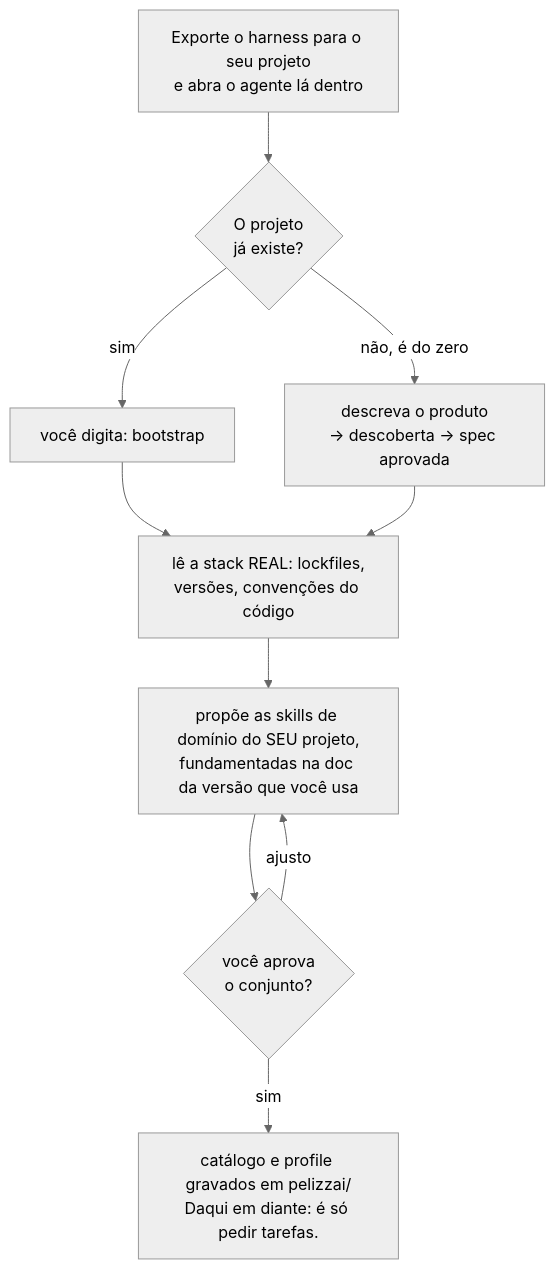
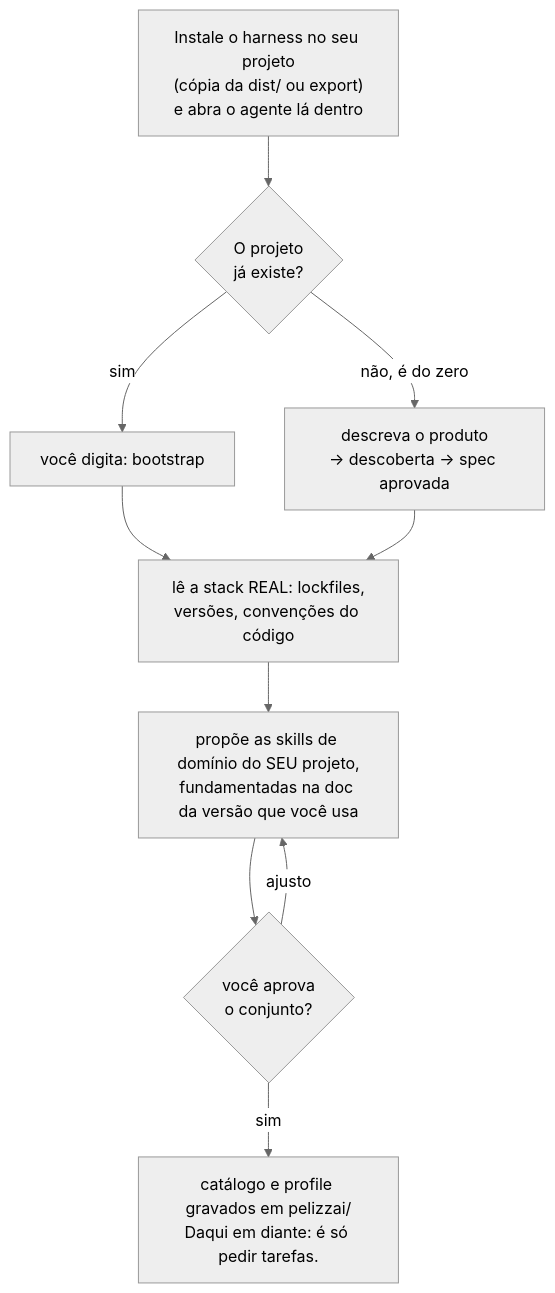
One commit to rpelizza/PelizzAI changed the first of 8 diagrams in README.md. Above: the diagram before and after it, drawn with Mermaid (neutral theme). The commit also changed other lines of this file and 191 other files, not shown here.

First line of the commit message:
feat(distribuicao): dist/ pronta para copiar — instalacao sem linha de comando

````diff
--- a/README.md
+++ b/README.md
@@ -24,12 +25,12 @@
 ```mermaid
 flowchart TD
-    A["Exporte o harness para o seu projeto<br/>e abra o agente lá dentro"] --> B{"O projeto<br/>já existe?"}
+    A["Instale o harness no seu projeto<br/>(cópia da dist/ ou export)<br/>e abra o agente lá dentro"] --> B{"O projeto<br/>já existe?"}
     B -- "sim" --> D["você digita: bootstrap"]
     B -- "não, é do zero" --> E["descreva o produto<br/>→ descoberta → spec aprovada"]
     D --> F["lê a stack REAL: lockfiles,<br/>versões, convenções do código"]
     E --> F
     F --> H["propõe as skills de domínio do SEU projeto,<br/>fundamentadas na doc da versão que você usa"]
     H --> I{"você aprova<br/>o conjunto?"}
     I -- "ajusto" --> H
     I -- "sim" --> K["catálogo e profile gravados em pelizzai/<br/>Daqui em diante: é só pedir tarefas."]
 ```
````
